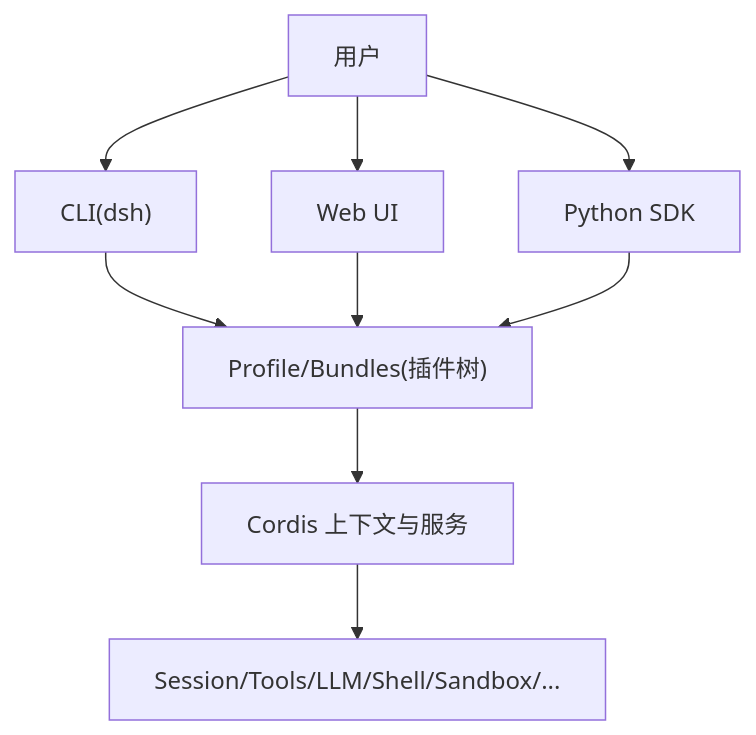
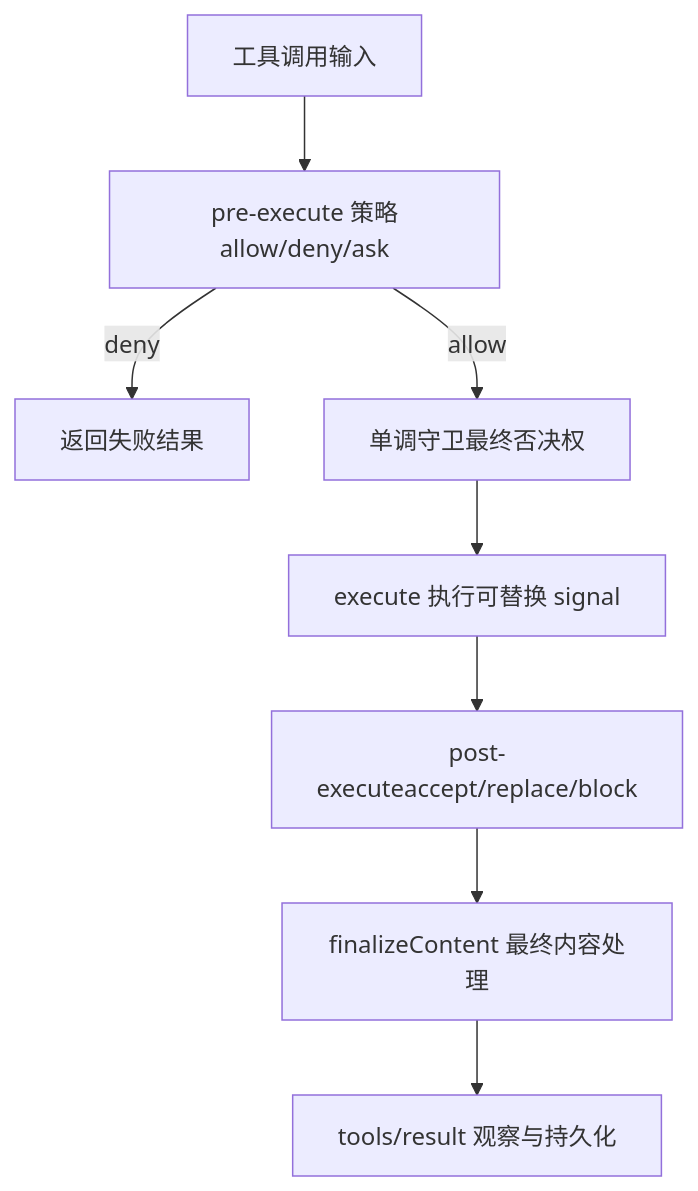
Before and after one commit to gongzili456/deepseek-harness: the fourth of 7 diagrams in .qoder/repowiki/zh/content/项目概览/项目介绍.md, drawn with Mermaid. The commit also changed other lines of this file and 1001 other files, not shown here.

````diff
--- a/.qoder/repowiki/zh/content/项目概览/项目介绍.md
+++ b/.qoder/repowiki/zh/content/项目概览/项目介绍.md
@@ -46,11 +148,10 @@
 ```mermaid
-graph TB
-A["用户"] --> B["CLI(dsh)"]
-A --> C["Web UI"]
-A --> D["Python SDK"]
-B --> E["Profile/Bundles(插件树)"]
-C --> E
-D --> E
-E --> F["Cordis 上下文与服务"]
-F --> G["Session/Tools/LLM/Shell/Sandbox/..."]
+flowchart TD
+In["工具调用输入"] --> Pre["pre-execute 策略allow/deny/ask"]
+Pre --> |deny| Fail["返回失败结果"]
+Pre --> |allow| Guard["单调守卫最终否决权"]
+Guard --> Exec["execute 执行可替换 signal"]
+Exec --> Post["post-executeaccept/replace/block"]
+Post --> Finalize["finalizeContent 最终内容处理"]
+Finalize --> Result["tools/result 观察与持久化"]
 ```
````
